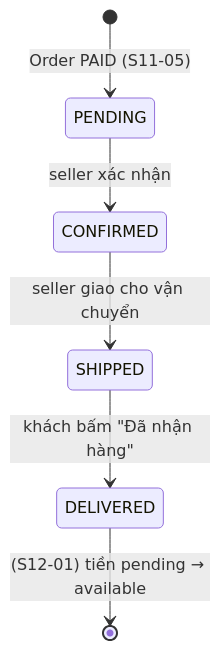
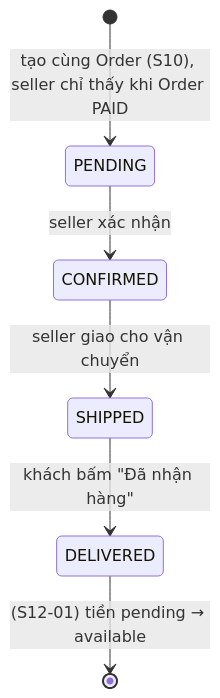
Before and after one commit to NQB37/PixelMart: the diagram in docs/v2/plans/sprint-11.md, drawn with Mermaid. The commit also changed other lines of this file and 3 other files, not shown here.

````diff
--- a/docs/v2/plans/sprint-11.md
+++ b/docs/v2/plans/sprint-11.md
@@ -26,8 +26,8 @@
 ```mermaid
 stateDiagram-v2
-  [*] --> PENDING: Order PAID (S11-05)
+  [*] --> PENDING: tạo cùng Order (S10), seller chỉ thấy khi Order PAID
   PENDING --> CONFIRMED: seller xác nhận
   CONFIRMED --> SHIPPED: seller giao cho vận chuyển
   SHIPPED --> DELIVERED: khách bấm "Đã nhận hàng"
   DELIVERED --> [*]: (S12-01) tiền pending → available
 ```
````
